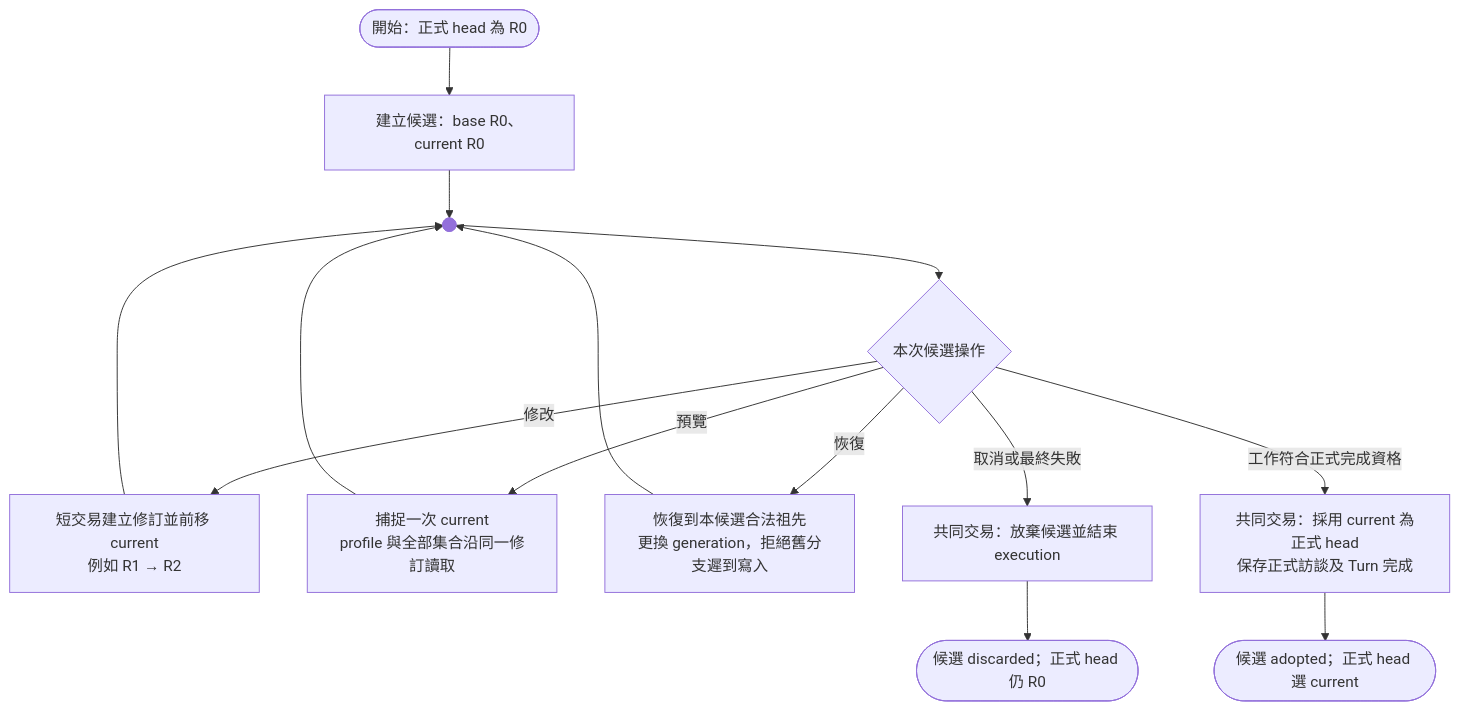
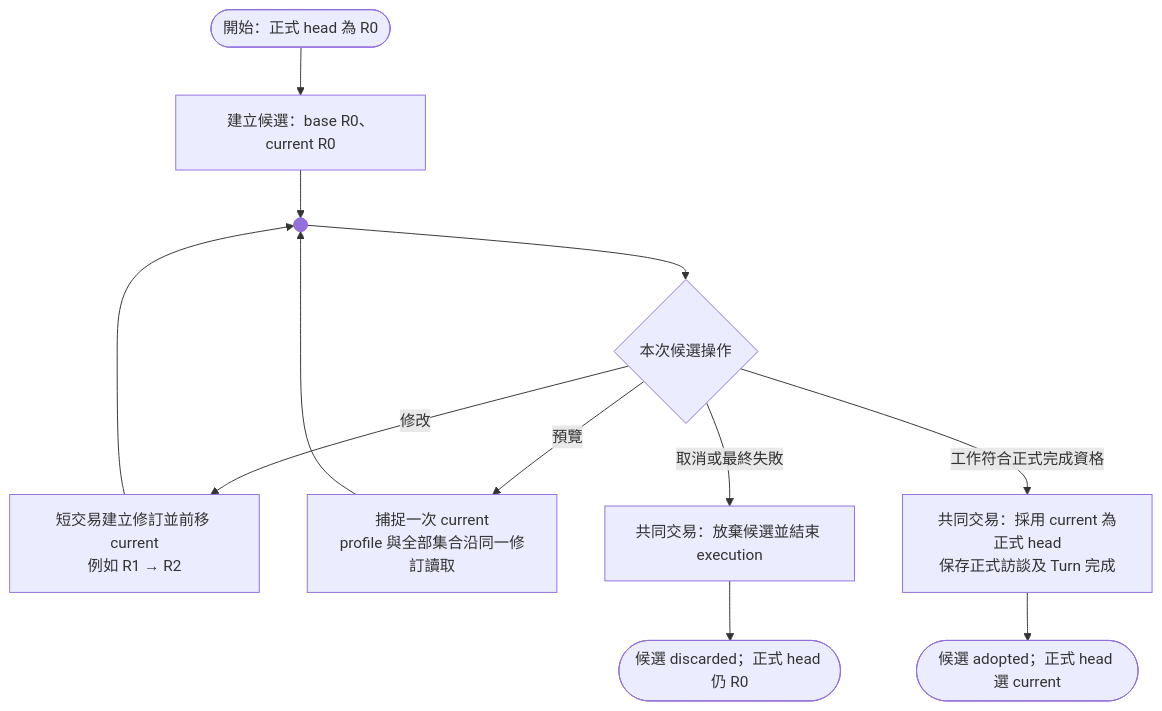
One commit to JD-Consultant/Caliburn changed the diagram in docs/diagrams/implementation/jd-storage/candidate-lifecycle.mmd. Above: the diagram before and after it, drawn with Mermaid. The commit also changed 920 other files, not shown here.

```diff
--- a/docs/diagrams/implementation/jd-storage/candidate-lifecycle.mmd
+++ b/docs/diagrams/implementation/jd-storage/candidate-lifecycle.mmd
@@ -1,16 +1,14 @@
-%% title: 現行：JD 候選修改、恢復與正式採用
+%% title: 現行：JD 候選修改與正式採用
 %% legend: 基本流程；終端形為局部起訖，矩形為處理，菱形為互斥分支；小實心圓匯合替代路徑，不表示同步。
 flowchart TD
   F([開始：正式 head 為 R0]) --> S[建立候選：base R0、current R0]
   S --> M@{ shape: f-circ }
   M --> Q{本次候選操作}
   Q -->|修改| E[短交易建立修訂並前移 current<br/>例如 R1 → R2]
   Q -->|預覽| P[捕捉一次 current<br/>profile 與全部集合沿同一修訂讀取]
-  Q -->|恢復| R[恢復到本候選合法祖先<br/>更換 generation，拒絕舊分支遲到寫入]
   E --> M
   P --> M
-  R --> M
   Q -->|取消或最終失敗| D[共同交易：放棄候選並結束 execution]
   Q -->|工作符合正式完成資格| A[共同交易：採用 current 為正式 head<br/>保存正式訪談及 Turn 完成]
   D --> X([候選 discarded；正式 head 仍 R0])
   A --> Y([候選 adopted；正式 head 選 current])
```
